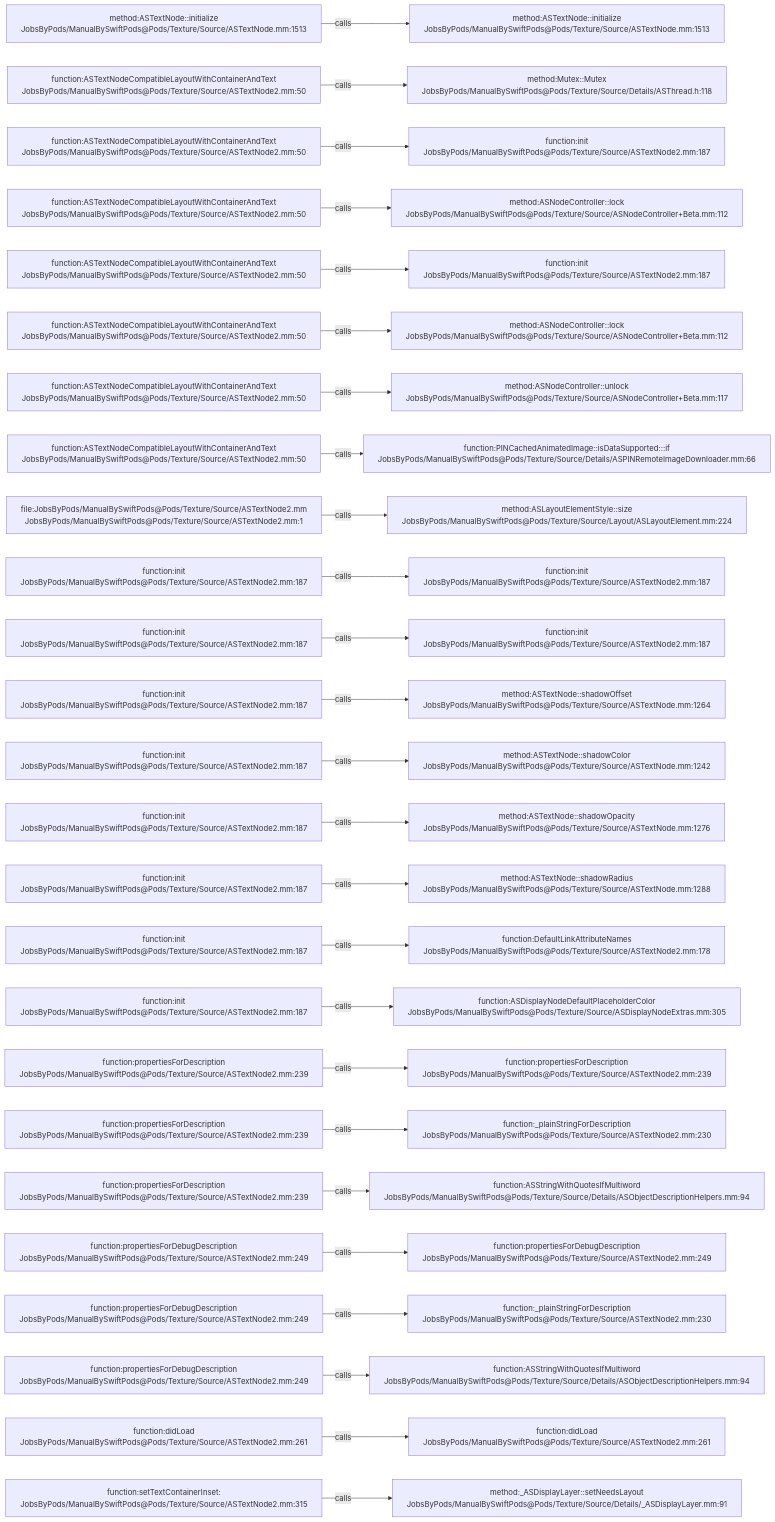
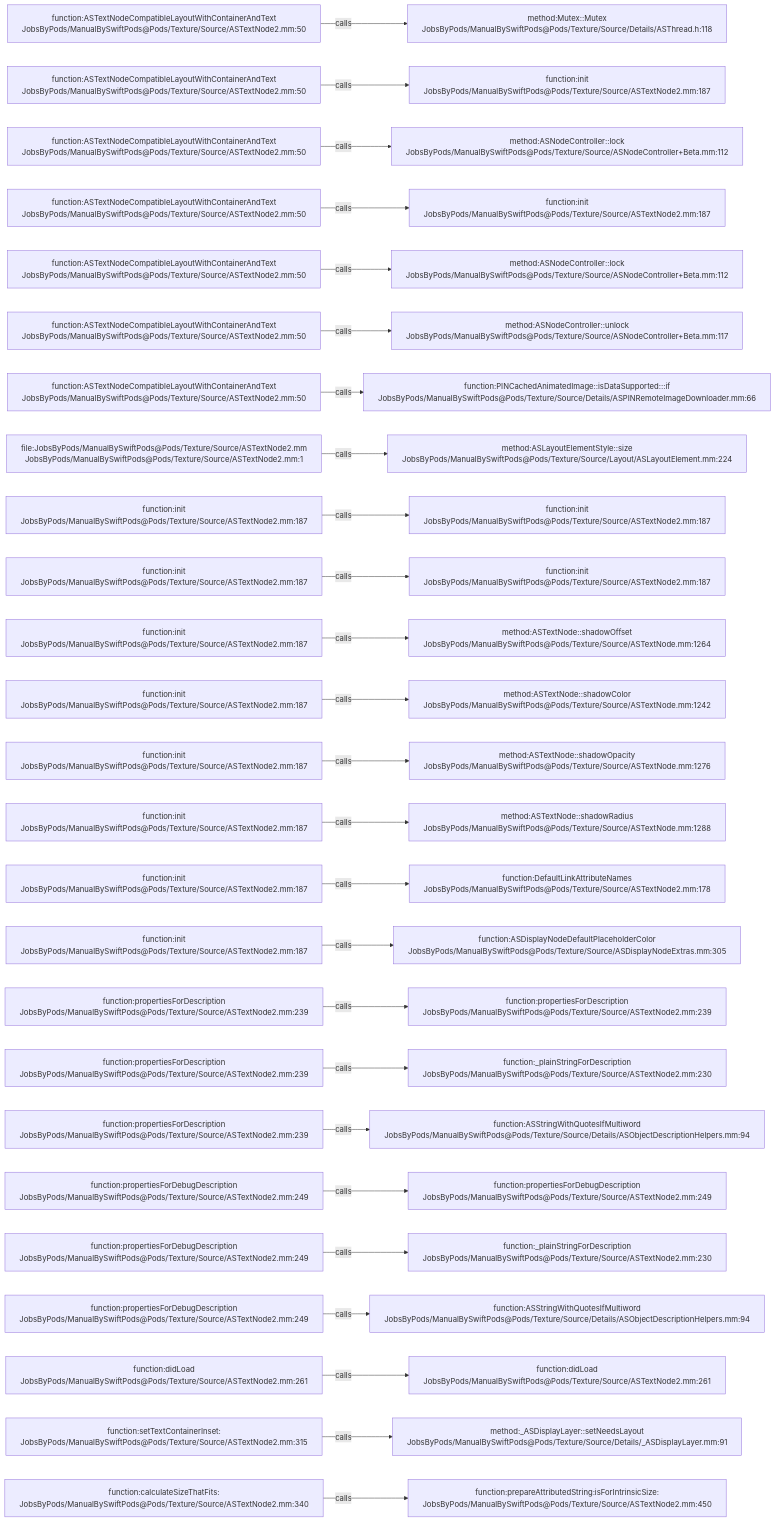
Before and after one commit to JobsKits/JobsSwiftBaseConfigDemo: the diagram in .codegraph/codegraph.md/graphs/calls-070.md, drawn with Mermaid. The commit also changed 747 other files, not shown here.

````diff
--- a/.codegraph/codegraph.md/graphs/calls-070.md
+++ b/.codegraph/codegraph.md/graphs/calls-070.md
@@ -13,78 +13,78 @@
 ```mermaid
 flowchart LR
-  S1["method:ASTextNode::initialize<br/>JobsByPods/ManualBySwiftPods@Pods/Texture/Source/ASTextNode.mm:1513"]
-  T1["method:ASTextNode::initialize<br/>JobsByPods/ManualBySwiftPods@Pods/Texture/Source/ASTextNode.mm:1513"]
+  S1["function:ASTextNodeCompatibleLayoutWithContainerAndText<br/>JobsByPods/ManualBySwiftPods@Pods/Texture/Source/ASTextNode2.mm:50"]
+  T1["method:Mutex::Mutex<br/>JobsByPods/ManualBySwiftPods@Pods/Texture/Source/Details/ASThread.h:118"]
   S1 -->|calls| T1
   S2["function:ASTextNodeCompatibleLayoutWithContainerAndText<br/>JobsByPods/ManualBySwiftPods@Pods/Texture/Source/ASTextNode2.mm:50"]
-  T2["method:Mutex::Mutex<br/>JobsByPods/ManualBySwiftPods@Pods/Texture/Source/Details/ASThread.h:118"]
+  T2["function:init<br/>JobsByPods/ManualBySwiftPods@Pods/Texture/Source/ASTextNode2.mm:187"]
   S2 -->|calls| T2
   S3["function:ASTextNodeCompatibleLayoutWithContainerAndText<br/>JobsByPods/ManualBySwiftPods@Pods/Texture/Source/ASTextNode2.mm:50"]
-  T3["function:init<br/>JobsByPods/ManualBySwiftPods@Pods/Texture/Source/ASTextNode2.mm:187"]
+  T3["method:ASNodeController::lock<br/>JobsByPods/ManualBySwiftPods@Pods/Texture/Source/ASNodeController+Beta.mm:112"]
   S3 -->|calls| T3
   S4["function:ASTextNodeCompatibleLayoutWithContainerAndText<br/>JobsByPods/ManualBySwiftPods@Pods/Texture/Source/ASTextNode2.mm:50"]
-  T4["method:ASNodeController::lock<br/>JobsByPods/ManualBySwiftPods@Pods/Texture/Source/ASNodeController+Beta.mm:112"]
+  T4["function:init<br/>JobsByPods/ManualBySwiftPods@Pods/Texture/Source/ASTextNode2.mm:187"]
   S4 -->|calls| T4
   S5["function:ASTextNodeCompatibleLayoutWithContainerAndText<br/>JobsByPods/ManualBySwiftPods@Pods/Texture/Source/ASTextNode2.mm:50"]
-  T5["function:init<br/>JobsByPods/ManualBySwiftPods@Pods/Texture/Source/ASTextNode2.mm:187"]
+  T5["method:ASNodeController::lock<br/>JobsByPods/ManualBySwiftPods@Pods/Texture/Source/ASNodeController+Beta.mm:112"]
   S5 -->|calls| T5
   S6["function:ASTextNodeCompatibleLayoutWithContainerAndText<br/>JobsByPods/ManualBySwiftPods@Pods/Texture/Source/ASTextNode2.mm:50"]
-  T6["method:ASNodeController::lock<br/>JobsByPods/ManualBySwiftPods@Pods/Texture/Source/ASNodeController+Beta.mm:112"]
+  T6["method:ASNodeController::unlock<br/>JobsByPods/ManualBySwiftPods@Pods/Texture/Source/ASNodeController+Beta.mm:117"]
   S6 -->|calls| T6
   S7["function:ASTextNodeCompatibleLayoutWithContainerAndText<br/>JobsByPods/ManualBySwiftPods@Pods/Texture/Source/ASTextNode2.mm:50"]
-  T7["method:ASNodeController::unlock<br/>JobsByPods/ManualBySwiftPods@Pods/Texture/Source/ASNodeController+Beta.mm:117"]
+  T7["function:PINCachedAnimatedImage::isDataSupported:::if<br/>JobsByPods/ManualBySwiftPods@Pods/Texture/Source/Details/ASPINRemoteImageDownloader.mm:66"]
   S7 -->|calls| T7
-  S8["function:ASTextNodeCompatibleLayoutWithContainerAndText<br/>JobsByPods/ManualBySwiftPods@Pods/Texture/Source/ASTextNode2.mm:50"]
-  T8["function:PINCachedAnimatedImage::isDataSupported:::if<br/>JobsByPods/ManualBySwiftPods@Pods/Texture/Source/Details/ASPINRemoteImageDownloader.mm:66"]
+  S8["file:JobsByPods/ManualBySwiftPods@Pods/Texture/Source/ASTextNode2.mm<br/>JobsByPods/ManualBySwiftPods@Pods/Texture/Source/ASTextNode2.mm:1"]
+  T8["method:ASLayoutElementStyle::size<br/>JobsByPods/ManualBySwiftPods@Pods/Texture/Source/Layout/ASLayoutElement.mm:224"]
   S8 -->|calls| T8
-  S9["file:JobsByPods/ManualBySwiftPods@Pods/Texture/Source/ASTextNode2.mm<br/>JobsByPods/ManualBySwiftPods@Pods/Texture/Source/ASTextNode2.mm:1"]
-  T9["method:ASLayoutElementStyle::size<br/>JobsByPods/ManualBySwiftPods@Pods/Texture/Source/Layout/ASLayoutElement.mm:224"]
+  S9["function:init<br/>JobsByPods/ManualBySwiftPods@Pods/Texture/Source/ASTextNode2.mm:187"]
+  T9["function:init<br/>JobsByPods/ManualBySwiftPods@Pods/Texture/Source/ASTextNode2.mm:187"]
   S9 -->|calls| T9
   S10["function:init<br/>JobsByPods/ManualBySwiftPods@Pods/Texture/Source/ASTextNode2.mm:187"]
   T10["function:init<br/>JobsByPods/ManualBySwiftPods@Pods/Texture/Source/ASTextNode2.mm:187"]
   S10 -->|calls| T10
   S11["function:init<br/>JobsByPods/ManualBySwiftPods@Pods/Texture/Source/ASTextNode2.mm:187"]
-  T11["function:init<br/>JobsByPods/ManualBySwiftPods@Pods/Texture/Source/ASTextNode2.mm:187"]
+  T11["method:ASTextNode::shadowOffset<br/>JobsByPods/ManualBySwiftPods@Pods/Texture/Source/ASTextNode.mm:1264"]
   S11 -->|calls| T11
   S12["function:init<br/>JobsByPods/ManualBySwiftPods@Pods/Texture/Source/ASTextNode2.mm:187"]
-  T12["method:ASTextNode::shadowOffset<br/>JobsByPods/ManualBySwiftPods@Pods/Texture/Source/ASTextNode.mm:1264"]
+  T12["method:ASTextNode::shadowColor<br/>JobsByPods/ManualBySwiftPods@Pods/Texture/Source/ASTextNode.mm:1242"]
   S12 -->|calls| T12
   S13["function:init<br/>JobsByPods/ManualBySwiftPods@Pods/Texture/Source/ASTextNode2.mm:187"]
-  T13["method:ASTextNode::shadowColor<br/>JobsByPods/ManualBySwiftPods@Pods/Texture/Source/ASTextNode.mm:1242"]
+  T13["method:ASTextNode::shadowOpacity<br/>JobsByPods/ManualBySwiftPods@Pods/Texture/Source/ASTextNode.mm:1276"]
   S13 -->|calls| T13
   S14["function:init<br/>JobsByPods/ManualBySwiftPods@Pods/Texture/Source/ASTextNode2.mm:187"]
-  T14["method:ASTextNode::shadowOpacity<br/>JobsByPods/ManualBySwiftPods@Pods/Texture/Source/ASTextNode.mm:1276"]
+  T14["method:ASTextNode::shadowRadius<br/>JobsByPods/ManualBySwiftPods@Pods/Texture/Source/ASTextNode.mm:1288"]
   S14 -->|calls| T14
   S15["function:init<br/>JobsByPods/ManualBySwiftPods@Pods/Texture/Source/ASTextNode2.mm:187"]
-  T15["method:ASTextNode::shadowRadius<br/>JobsByPods/ManualBySwiftPods@Pods/Texture/Source/ASTextNode.mm:1288"]
+  T15["function:DefaultLinkAttributeNames<br/>JobsByPods/ManualBySwiftPods@Pods/Texture/Source/ASTextNode2.mm:178"]
   S15 -->|calls| T15
   S16["function:init<br/>JobsByPods/ManualBySwiftPods@Pods/Texture/Source/ASTextNode2.mm:187"]
-  T16["function:DefaultLinkAttributeNames<br/>JobsByPods/ManualBySwiftPods@Pods/Texture/Source/ASTextNode2.mm:178"]
+  T16["function:ASDisplayNodeDefaultPlaceholderColor<br/>JobsByPods/ManualBySwiftPods@Pods/Texture/Source/ASDisplayNodeExtras.mm:305"]
   S16 -->|calls| T16
-  S17["function:init<br/>JobsByPods/ManualBySwiftPods@Pods/Texture/Source/ASTextNode2.mm:187"]
-  T17["function:ASDisplayNodeDefaultPlaceholderColor<br/>JobsByPods/ManualBySwiftPods@Pods/Texture/Source/ASDisplayNodeExtras.mm:305"]
+  S17["function:propertiesForDescription<br/>JobsByPods/ManualBySwiftPods@Pods/Texture/Source/ASTextNode2.mm:239"]
+  T17["function:propertiesForDescription<br/>JobsByPods/ManualBySwiftPods@Pods/Texture/Source/ASTextNode2.mm:239"]
   S17 -->|calls| T17
   S18["function:propertiesForDescription<br/>JobsByPods/ManualBySwiftPods@Pods/Texture/Source/ASTextNode2.mm:239"]
-  T18["function:propertiesForDescription<br/>JobsByPods/ManualBySwiftPods@Pods/Texture/Source/ASTextNode2.mm:239"]
+  T18["function:_plainStringForDescription<br/>JobsByPods/ManualBySwiftPods@Pods/Texture/Source/ASTextNode2.mm:230"]
   S18 -->|calls| T18
   S19["function:propertiesForDescription<br/>JobsByPods/ManualBySwiftPods@Pods/Texture/Source/ASTextNode2.mm:239"]
-  T19["function:_plainStringForDescription<br/>JobsByPods/ManualBySwiftPods@Pods/Texture/Source/ASTextNode2.mm:230"]
+  T19["function:ASStringWithQuotesIfMultiword<br/>JobsByPods/ManualBySwiftPods@Pods/Texture/Source/Details/ASObjectDescriptionHelpers.mm:94"]
   S19 -->|calls| T19
-  S20["function:propertiesForDescription<br/>JobsByPods/ManualBySwiftPods@Pods/Texture/Source/ASTextNode2.mm:239"]
-  T20["function:ASStringWithQuotesIfMultiword<br/>JobsByPods/ManualBySwiftPods@Pods/Texture/Source/Details/ASObjectDescriptionHelpers.mm:94"]
+  S20["function:propertiesForDebugDescription<br/>JobsByPods/ManualBySwiftPods@Pods/Texture/Source/ASTextNode2.mm:249"]
+  T20["function:propertiesForDebugDescription<br/>JobsByPods/ManualBySwiftPods@Pods/Texture/Source/ASTextNode2.mm:249"]
   S20 -->|calls| T20
   S21["function:propertiesForDebugDescription<br/>JobsByPods/ManualBySwiftPods@Pods/Texture/Source/ASTextNode2.mm:249"]
-  T21["function:propertiesForDebugDescription<br/>JobsByPods/ManualBySwiftPods@Pods/Texture/Source/ASTextNode2.mm:249"]
+  T21["function:_plainStringForDescription<br/>JobsByPods/ManualBySwiftPods@Pods/Texture/Source/ASTextNode2.mm:230"]
   S21 -->|calls| T21
   S22["function:propertiesForDebugDescription<br/>JobsByPods/ManualBySwiftPods@Pods/Texture/Source/ASTextNode2.mm:249"]
-  T22["function:_plainStringForDescription<br/>JobsByPods/ManualBySwiftPods@Pods/Texture/Source/ASTextNode2.mm:230"]
+  T22["function:ASStringWithQuotesIfMultiword<br/>JobsByPods/ManualBySwiftPods@Pods/Texture/Source/Details/ASObjectDescriptionHelpers.mm:94"]
   S22 -->|calls| T22
-  S23["function:propertiesForDebugDescription<br/>JobsByPods/ManualBySwiftPods@Pods/Texture/Source/ASTextNode2.mm:249"]
-  T23["function:ASStringWithQuotesIfMultiword<br/>JobsByPods/ManualBySwiftPods@Pods/Texture/Source/Details/ASObjectDescriptionHelpers.mm:94"]
+  S23["function:didLoad<br/>JobsByPods/ManualBySwiftPods@Pods/Texture/Source/ASTextNode2.mm:261"]
+  T23["function:didLoad<br/>JobsByPods/ManualBySwiftPods@Pods/Texture/Source/ASTextNode2.mm:261"]
   S23 -->|calls| T23
-  S24["function:didLoad<br/>JobsByPods/ManualBySwiftPods@Pods/Texture/Source/ASTextNode2.mm:261"]
-  T24["function:didLoad<br/>JobsByPods/ManualBySwiftPods@Pods/Texture/Source/ASTextNode2.mm:261"]
+  S24["function:setTextContainerInset:<br/>JobsByPods/ManualBySwiftPods@Pods/Texture/Source/ASTextNode2.mm:315"]
+  T24["method:_ASDisplayLayer::setNeedsLayout<br/>JobsByPods/ManualBySwiftPods@Pods/Texture/Source/Details/_ASDisplayLayer.mm:91"]
   S24 -->|calls| T24
-  S25["function:setTextContainerInset:<br/>JobsByPods/ManualBySwiftPods@Pods/Texture/Source/ASTextNode2.mm:315"]
-  T25["method:_ASDisplayLayer::setNeedsLayout<br/>JobsByPods/ManualBySwiftPods@Pods/Texture/Source/Details/_ASDisplayLayer.mm:91"]
+  S25["function:calculateSizeThatFits:<br/>JobsByPods/ManualBySwiftPods@Pods/Texture/Source/ASTextNode2.mm:340"]
+  T25["function:prepareAttributedString:isForIntrinsicSize:<br/>JobsByPods/ManualBySwiftPods@Pods/Texture/Source/ASTextNode2.mm:450"]
   S25 -->|calls| T25
 ```
````
